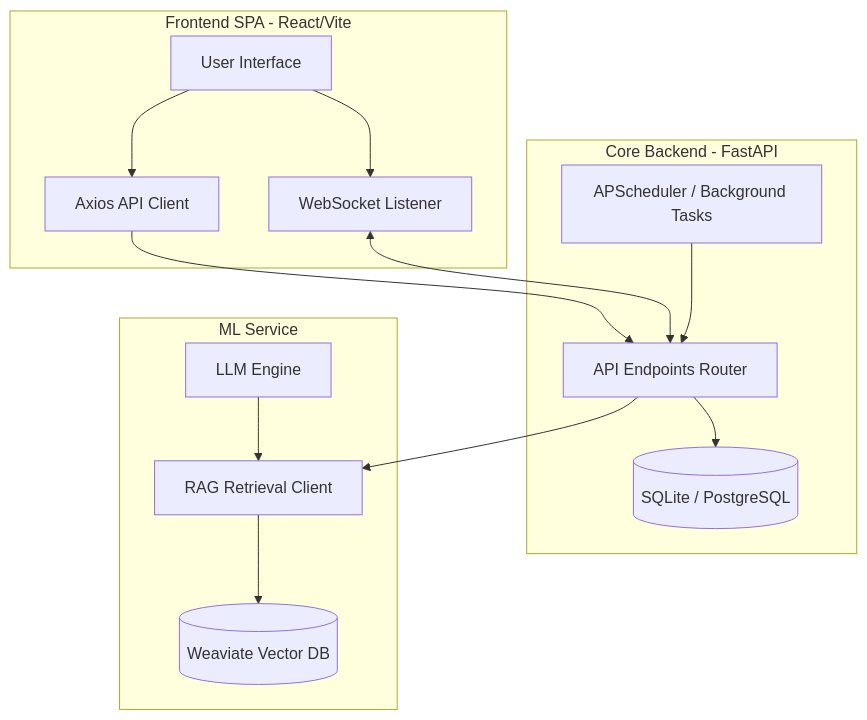
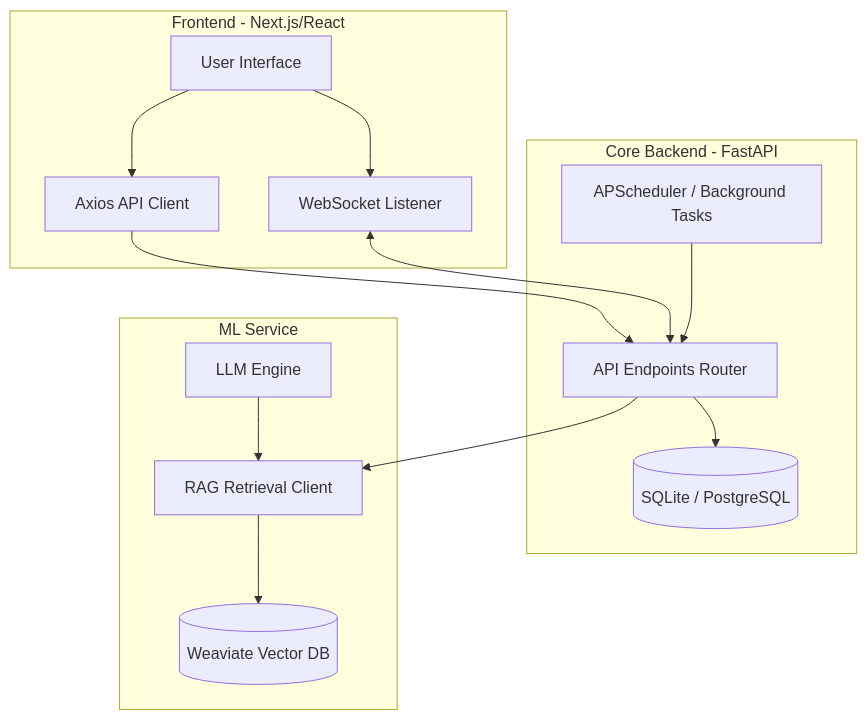
The diagram in documentation/architecture.md (darsh-1010/finsight), drawn with Mermaid before and after one commit. The commit also changed other lines of this file and 2 other files, not shown here.

First line of the commit message:
docs: fix stale Vite/SPA references, update to Next.js and Purple/Black theme

````diff
--- a/documentation/architecture.md
+++ b/documentation/architecture.md
@@ -14,30 +14,30 @@
 ```mermaid
 graph TD
-    subgraph Frontend [Frontend SPA - React/Vite]
+    subgraph Frontend [Frontend - Next.js/React]
         UI[User Interface]
         Client[Axios API Client]
         WS[WebSocket Listener]
     end
 
     subgraph Backend [Core Backend - FastAPI]
         API[API Endpoints Router]
         DB[(SQLite / PostgreSQL)]
         Cron[APScheduler / Background Tasks]
     end
 
     subgraph ML_Service [ML Service]
         LLM[LLM Engine]
         RAG[RAG Retrieval Client]
         Weaviate[(Weaviate Vector DB)]
     end
 
     UI --> Client
     UI --> WS
     Client --> API
     WS <--> API
     API --> DB
     Cron --> API
     API --> RAG
     RAG --> Weaviate
     LLM --> RAG
 ```
````
